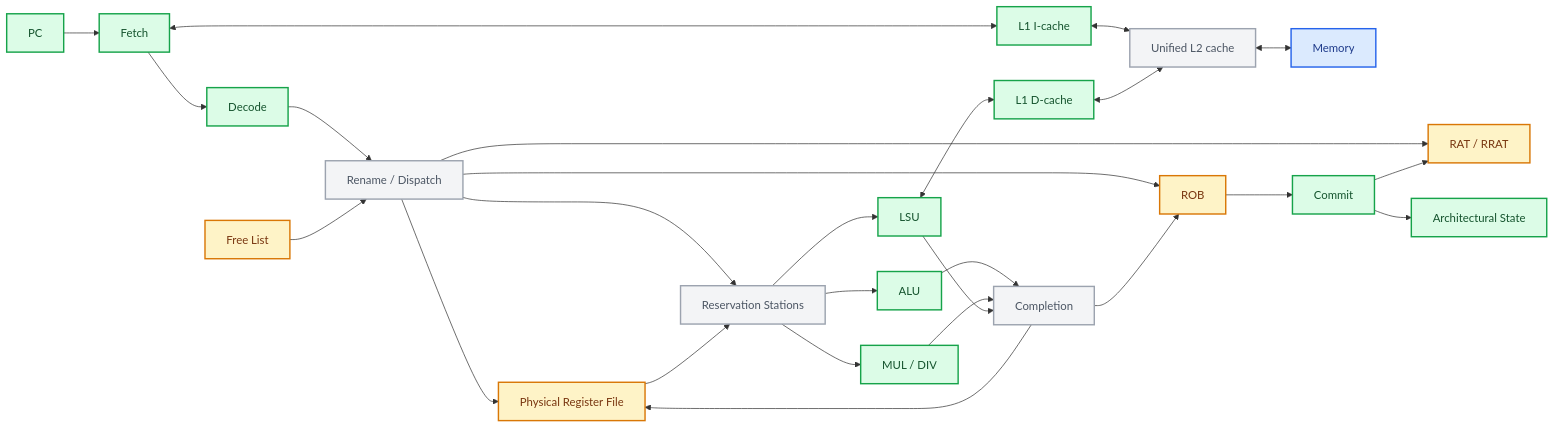
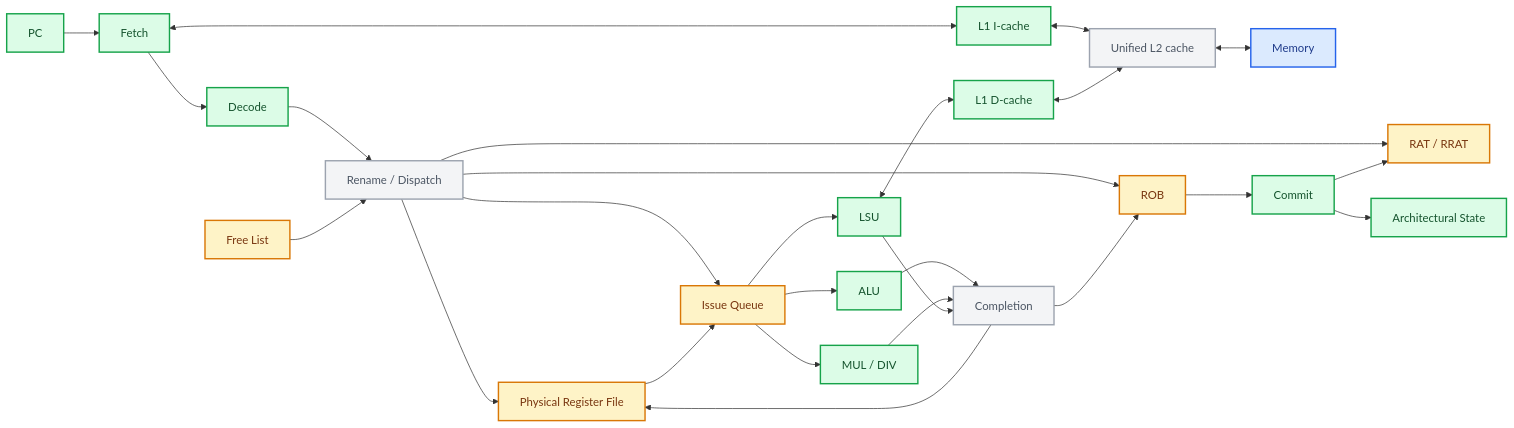
Before and after one commit to JustinYYZ/rv32im-research-core: the second of 2 diagrams in README.md, drawn with Mermaid. The commit also changed other lines of this file and 4 other files, not shown here.

Commit message:
feat: add out-of-order issue queue

````diff
--- a/README.md
+++ b/README.md
@@ -284,36 +286,36 @@
 ```mermaid
 flowchart LR
     PC --> FETCH[Fetch]
     FETCH <--> L1I["L1 I-cache"]
     L1I <--> L2["Unified L2 cache"]
     L2 <--> MEM[Memory]
     FETCH --> DECODE[Decode]
     DECODE --> RENAME["Rename / Dispatch"]
     RENAME --> RAT["RAT / RRAT"]
     FL["Free List"] --> RENAME
     RENAME --> PRF["Physical Register File"]
     RENAME --> ROB[ROB]
-    RENAME --> RS["Reservation Stations"]
-    PRF --> RS
-    RS --> ALU[ALU]
-    RS --> MULDIV["MUL / DIV"]
-    RS --> LSU[LSU]
+    RENAME --> IQ["Issue Queue"]
+    PRF --> IQ
+    IQ --> ALU[ALU]
+    IQ --> MULDIV["MUL / DIV"]
+    IQ --> LSU[LSU]
     LSU <--> L1D["L1 D-cache"]
     L1D <--> L2
     ALU --> COMPLETE[Completion]
     MULDIV --> COMPLETE
     LSU --> COMPLETE
     COMPLETE --> PRF
     COMPLETE --> ROB
     ROB --> COMMIT[Commit]
     COMMIT --> RAT
     COMMIT --> ARF["Architectural State"]
     classDef implemented fill:#dcfce7,stroke:#16a34a,color:#14532d,stroke-width:2px
     classDef partial fill:#fef3c7,stroke:#d97706,color:#78350f,stroke-width:2px
     classDef planned fill:#f3f4f6,stroke:#9ca3af,color:#4b5563,stroke-width:2px
     classDef external fill:#dbeafe,stroke:#2563eb,color:#1e3a8a,stroke-width:2px
     class PC,FETCH,L1I,L1D,DECODE,ALU,MULDIV,LSU,COMMIT,ARF implemented
-    class ROB,PRF,RAT,FL partial
-    class L2,RENAME,RS,COMPLETE planned
+    class ROB,PRF,RAT,FL,IQ partial
+    class L2,RENAME,COMPLETE planned
     class MEM external
 ```
````
